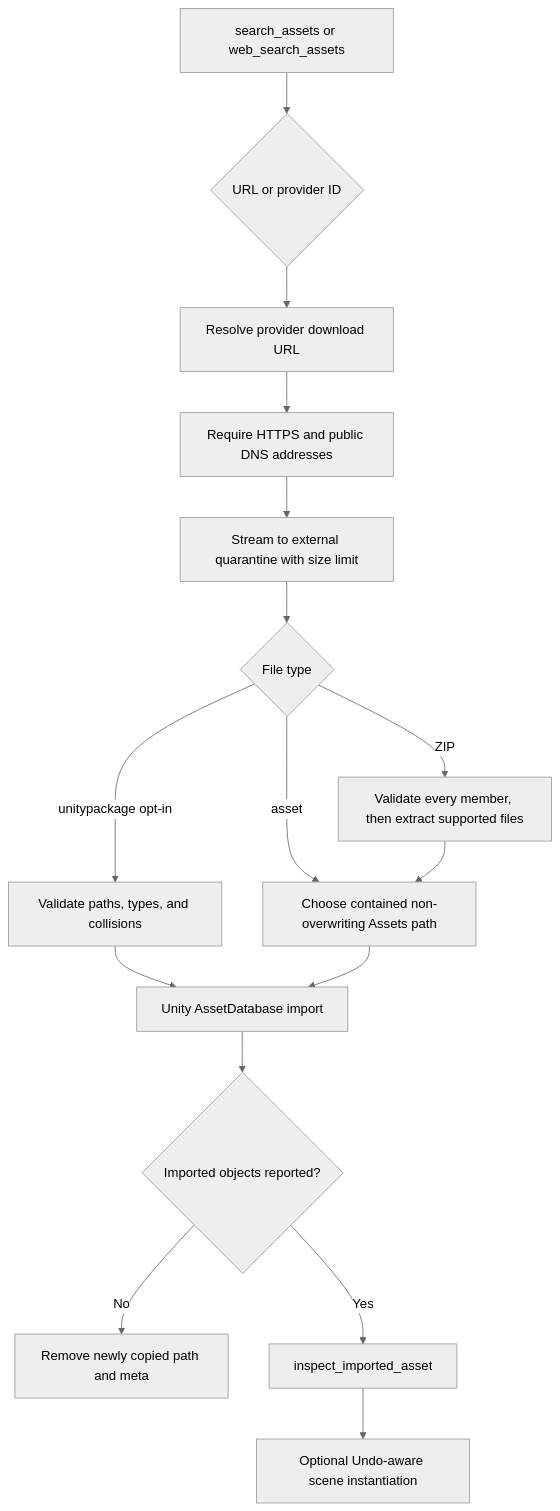
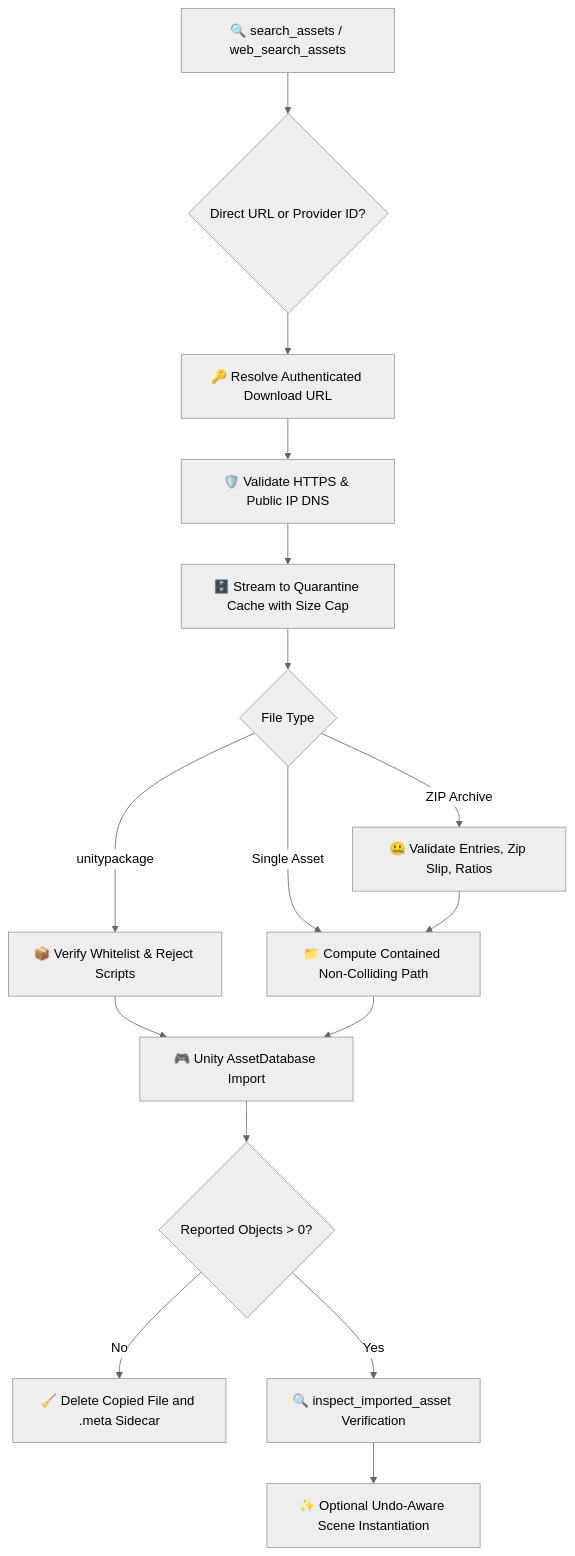
Before and after one commit to AmaLS367/Visora: the diagram in docs/backend/ASSET_PIPELINE.md, drawn with Mermaid (neutral theme). The commit also changed other lines of this file and 17 other files, not shown here.

````diff
--- a/docs/backend/ASSET_PIPELINE.md
+++ b/docs/backend/ASSET_PIPELINE.md
@@ -12,18 +16,18 @@
 ```mermaid
 flowchart TD
-    Search[search_assets or web_search_assets] --> Choice{URL or provider ID}
-    Choice --> Resolve[Resolve provider download URL]
-    Resolve --> ValidateURL[Require HTTPS and public DNS addresses]
-    ValidateURL --> Stage[Stream to external quarantine with size limit]
-    Stage --> Kind{File type}
-    Kind -->|ZIP| InspectZip[Validate every member, then extract supported files]
-    Kind -->|unitypackage opt-in| InspectPackage[Validate paths, types, and collisions]
-    Kind -->|asset| Place[Choose contained non-overwriting Assets path]
+    Search[🔍 search_assets / web_search_assets] --> Choice{Direct URL or Provider ID?}
+    Choice --> Resolve[🔑 Resolve Authenticated Download URL]
+    Resolve --> ValidateURL[🛡️ Validate HTTPS & Public IP DNS]
+    ValidateURL --> Stage[🗄️ Stream to Quarantine Cache with Size Cap]
+    Stage --> Kind{File Type}
+    Kind -->|ZIP Archive| InspectZip[🤐 Validate Entries, Zip Slip, Ratios]
+    Kind -->|unitypackage| InspectPackage[📦 Verify Whitelist & Reject Scripts]
+    Kind -->|Single Asset| Place[📁 Compute Contained Non-Colliding Path]
     InspectZip --> Place
     InspectPackage --> Import
-    Place --> Import[Unity AssetDatabase import]
-    Import --> Concrete{Imported objects reported?}
-    Concrete -->|No| Cleanup[Remove newly copied path and meta]
-    Concrete -->|Yes| Inspect[inspect_imported_asset]
-    Inspect --> Optional[Optional Undo-aware scene instantiation]
+    Place --> Import[🎮 Unity AssetDatabase Import]
+    Import --> Concrete{Reported Objects > 0?}
+    Concrete -->|No| Cleanup[🧹 Delete Copied File and .meta Sidecar]
+    Concrete -->|Yes| Inspect[🔍 inspect_imported_asset Verification]
+    Inspect --> Optional[✨ Optional Undo-Aware Scene Instantiation]
 ```
````
